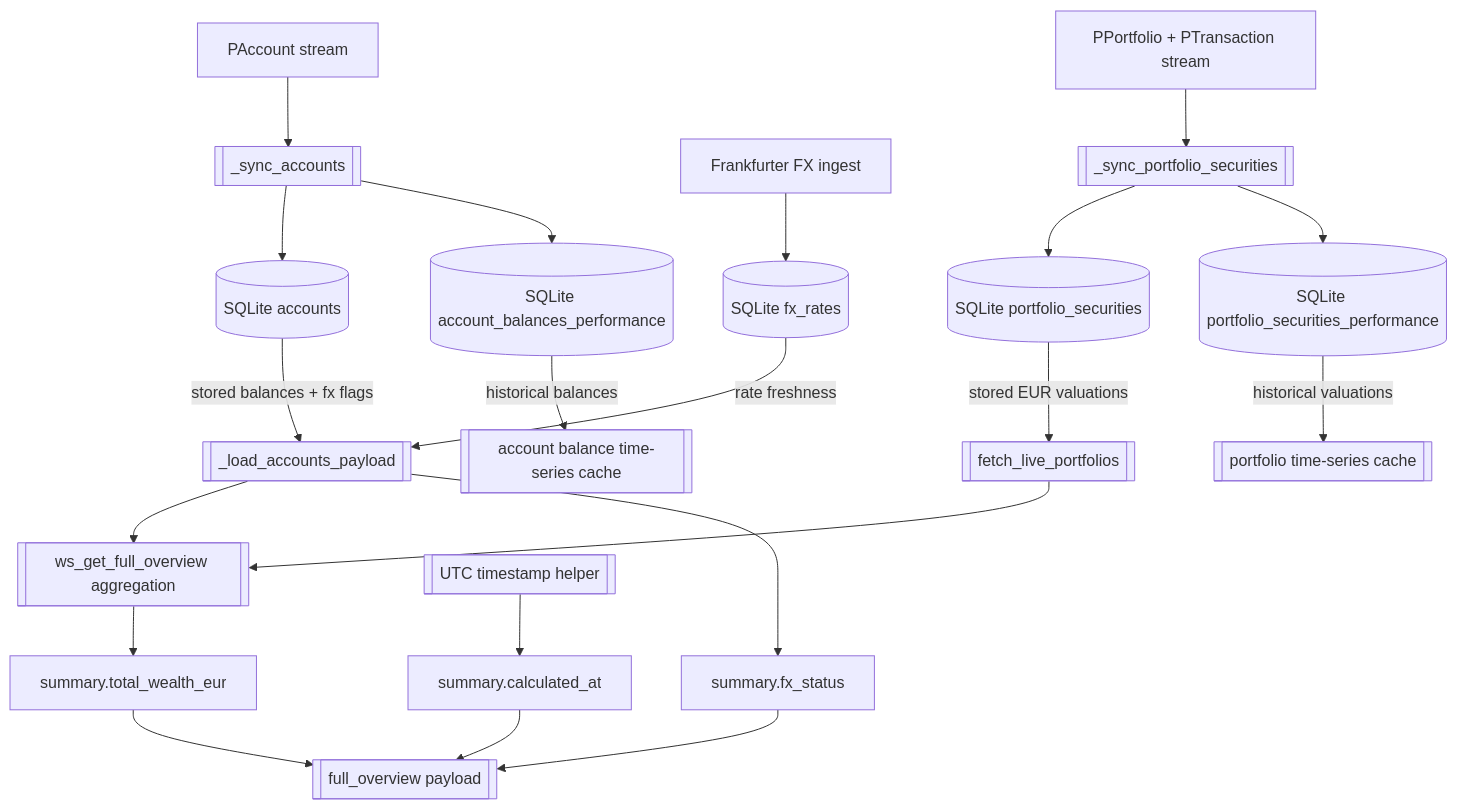
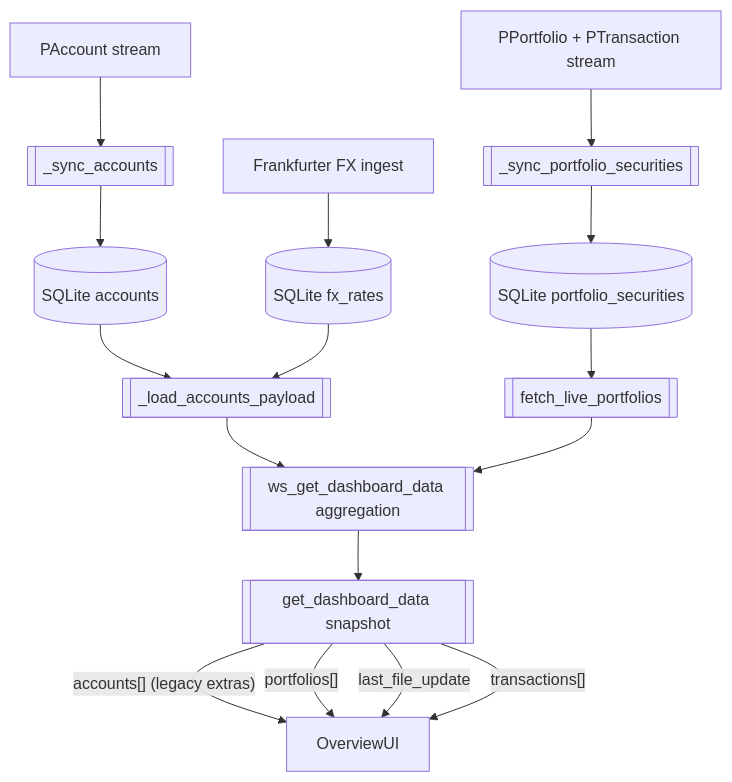
Before and after one commit to Freakandi/ha-pp-reader: the first of 4 diagrams in datamodel/backend-datamodel-visualizations.md, drawn with Mermaid. The commit also changed other lines of this file and 6 other files, not shown here.

Commit message:
fix mermaid labels for overview docs

````diff
--- a/datamodel/backend-datamodel-visualizations.md
+++ b/datamodel/backend-datamodel-visualizations.md
@@ -11,23 +11,18 @@
 ```mermaid
 flowchart TD
   AccountsProto["PAccount stream"] --> SyncAccounts[[_sync_accounts]]
-  SyncAccounts --> A1[(SQLite accounts)]
-  SyncAccounts --> ABPerf[(SQLite account_balances_performance)]
-  FXProto["Frankfurter FX ingest"] --> A2[(SQLite fx_rates)]
+  SyncAccounts --> AccountsDB[("SQLite accounts")]
+  FXProto["Frankfurter FX ingest"] --> FxRates[("SQLite fx_rates")]
   HoldingsProto["PPortfolio + PTransaction stream"] --> SyncHoldings[[_sync_portfolio_securities]]
-  SyncHoldings --> P1[(SQLite portfolio_securities)]
-  SyncHoldings --> PPerf[(SQLite portfolio_securities_performance)]
-  A1 -->|stored balances + fx flags| L1[[_load_accounts_payload]]
-  A2 -->|rate freshness| L1
-  P1 -->|stored EUR valuations| L2[[fetch_live_portfolios]]
-  L1 --> Agg[[ws_get_full_overview aggregation]]
-  L2 --> Agg
-  Agg --> Total[summary.total_wealth_eur]
-  L1 --> FX[summary.fx_status]
-  PPerf -->|historical valuations| Hist[[portfolio time-series cache]]
-  ABPerf -->|historical balances| AccHist[[account balance time-series cache]]
-  Clock[[UTC timestamp helper]] --> Stamp[summary.calculated_at]
-  Total --> Payload[[full_overview payload]]
-  FX --> Payload
-  Stamp --> Payload
+  SyncHoldings --> PortfolioSecDB[("SQLite portfolio_securities")]
+  AccountsDB --> AccountsLoader[[_load_accounts_payload]]
+  FxRates --> AccountsLoader
+  PortfolioSecDB --> LivePortfolios[[fetch_live_portfolios]]
+  AccountsLoader --> SnapshotAgg[[ws_get_dashboard_data aggregation]]
+  LivePortfolios --> SnapshotAgg
+  SnapshotAgg --> SnapshotPayload[["get_dashboard_data snapshot"]]
+  SnapshotPayload -->|"accounts[] (legacy extras)"| OverviewUI
+  SnapshotPayload -->|"portfolios[]"| OverviewUI
+  SnapshotPayload -->|"last_file_update"| OverviewUI
+  SnapshotPayload -->|"transactions[]"| OverviewUI
 ```
````
